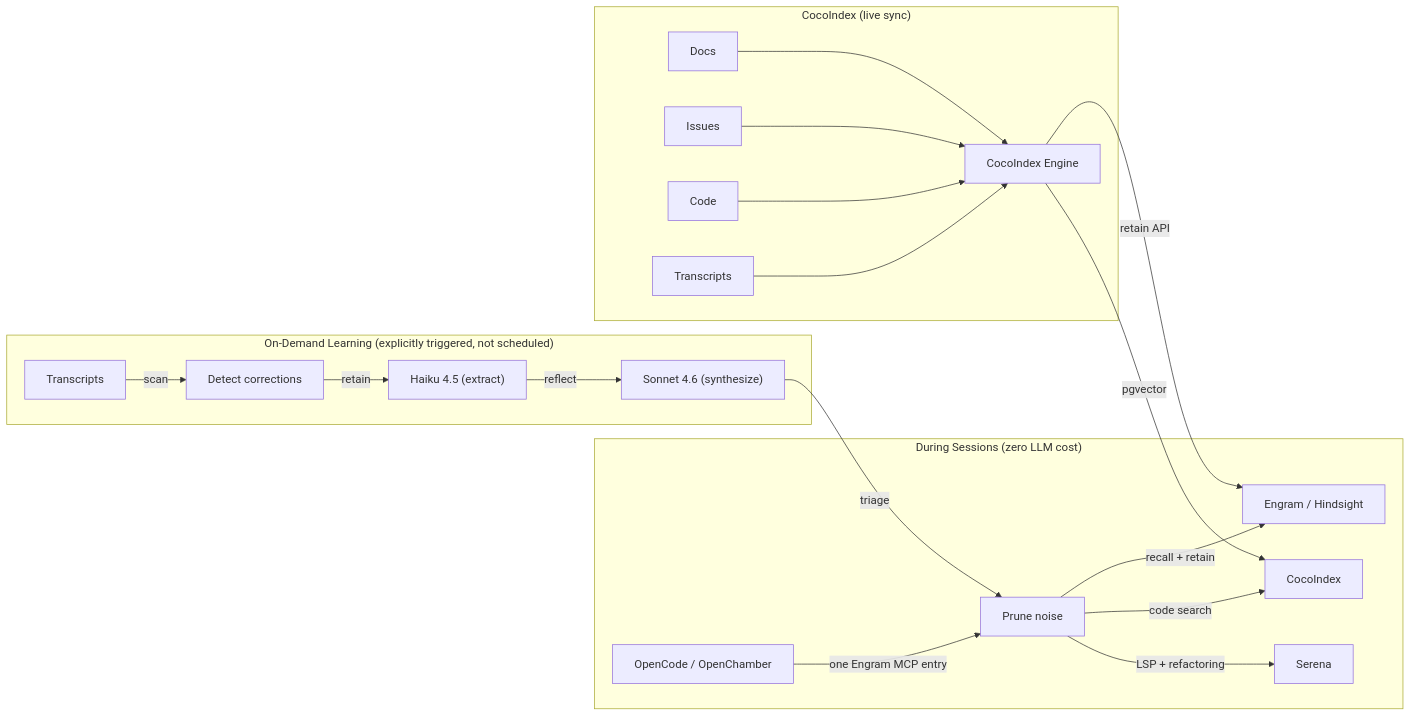
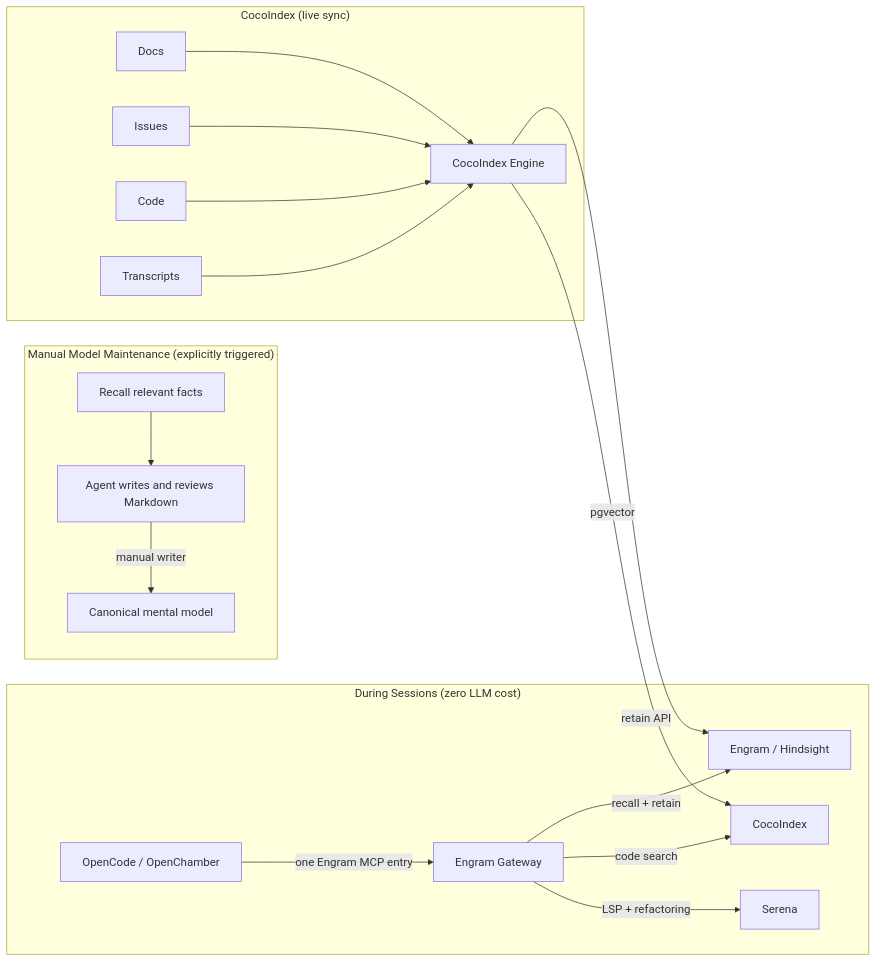
One commit to jordigilh/engram changed the first of 2 diagrams in README.md. Above: the diagram before and after it, drawn with Mermaid. The commit also changed other lines of this file and 7 other files, not shown here.

````diff
--- a/README.md
+++ b/README.md
@@ -22,25 +22,23 @@
 ```mermaid
 flowchart LR
     subgraph session["During Sessions (zero LLM cost)"]
         A[OpenCode / OpenChamber] -->|one Engram MCP entry| G[Engram Gateway]
         G -->|recall + retain| B[Engram / Hindsight]
         G -->|code search| CI_MCP[CocoIndex]
         G -->|LSP + refactoring| S[Serena]
     end
 
-    subgraph ondemand["On-Demand Learning (explicitly triggered, not scheduled)"]
-        C[Transcripts] -->|scan| D[Detect corrections]
-        D -->|retain| E["Haiku 4.5 (extract)"]
-        E -->|reflect| F["Sonnet 4.6 (synthesize)"]
-        F -->|triage| G["Prune noise"]
+    subgraph ondemand["Manual Model Maintenance (explicitly triggered)"]
+        C[Recall relevant facts] --> D["Agent writes and reviews Markdown"]
+        D -->|manual writer| E["Canonical mental model"]
     end
 
     subgraph cocoindex["CocoIndex (live sync)"]
         docs_src[Docs] --> CI[CocoIndex Engine]
         issues_src[Issues] --> CI
         code_src[Code] --> CI
         transcripts_src[Transcripts] --> CI
         CI -->|"retain API"| B
         CI -->|"pgvector"| CI_MCP
     end
 ```
````
